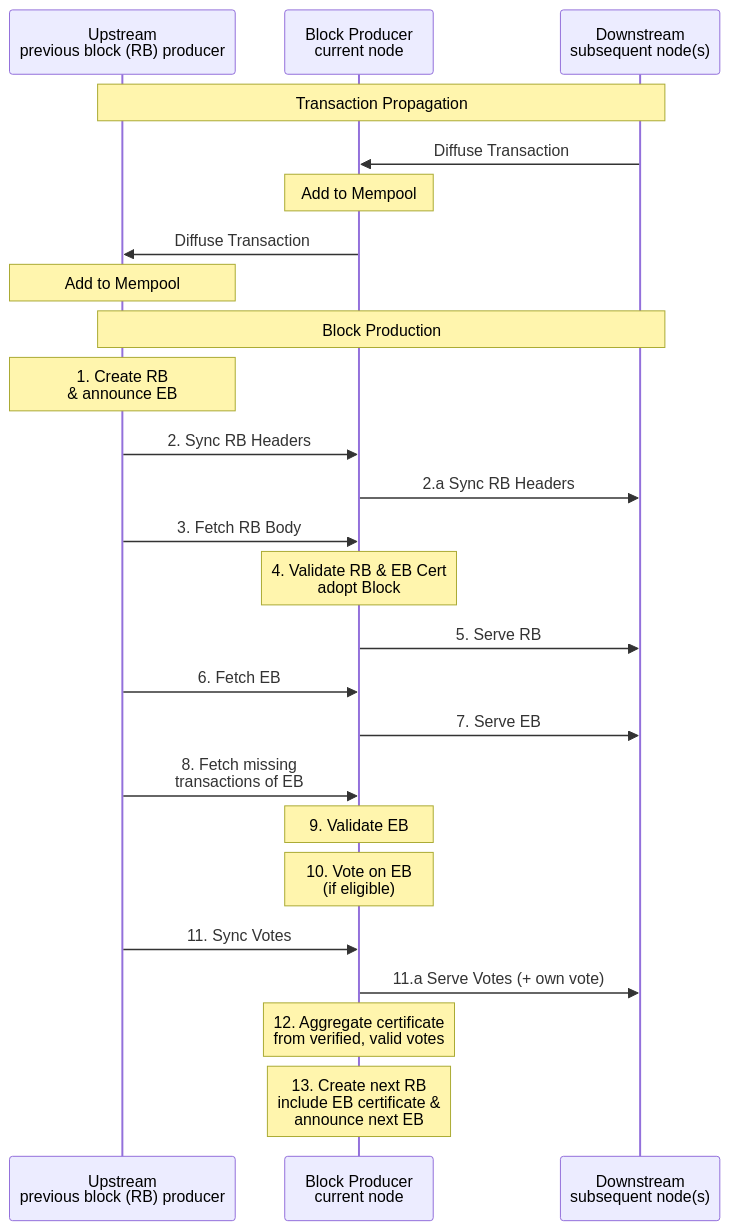
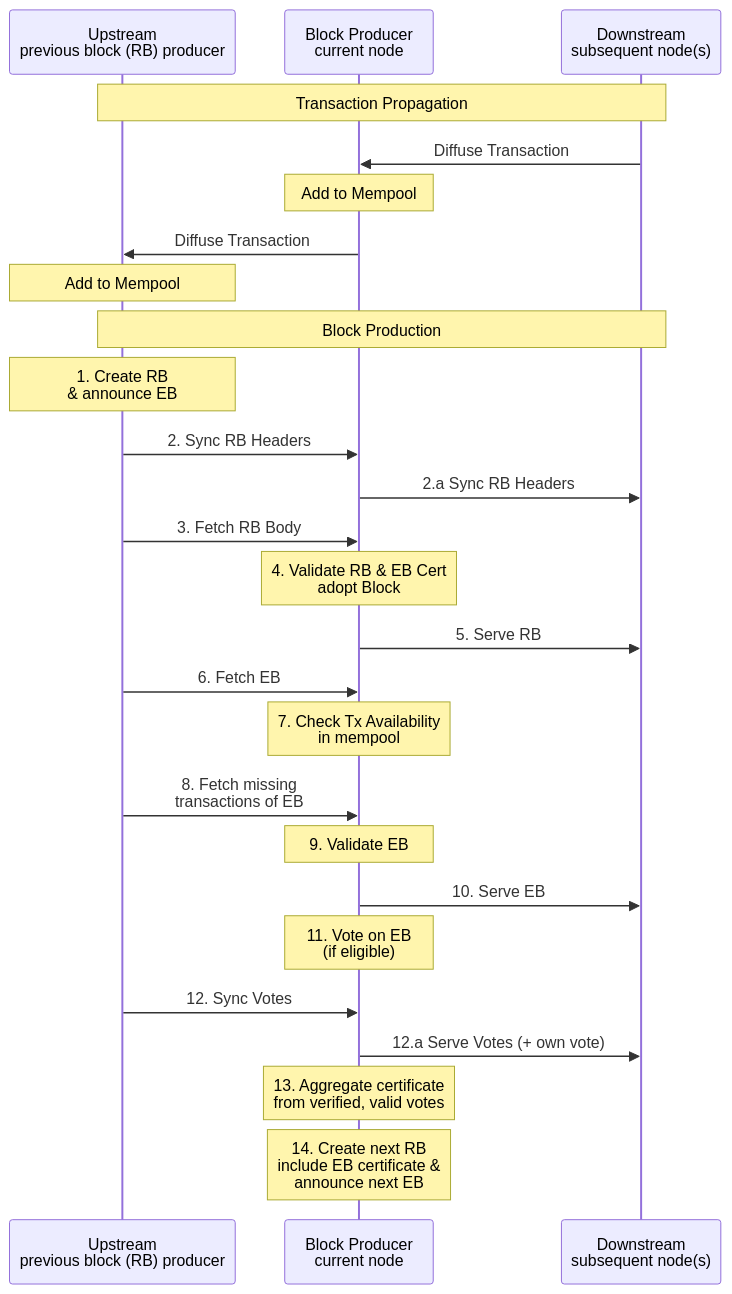
The first of 3 diagrams in docs/cip/README.md (input-output-hk/ouroboros-leios), drawn with Mermaid before and after one commit. The commit also changed other lines of this file, not shown here.

Commit message:
docs(cip): clarify sequence steps for serving EBs after fetching txs

````diff
--- a/docs/cip/README.md
+++ b/docs/cip/README.md
@@ -462,35 +462,36 @@
 ```mermaid
 sequenceDiagram
     participant U as Upstream<br/>previous block (RB) producer
     participant BP as Block Producer<br/>current node  
     participant D as Downstream<br/>subsequent node(s)
 
     Note over U,D: Transaction Propagation
     D->>BP: Diffuse Transaction
     Note over BP: Add to Mempool
     BP->>U: Diffuse Transaction
     Note over U: Add to Mempool
 
     Note over U,D: Block Production
 
     Note over U: 1. Create RB<br/>& announce EB
 
     U->>BP: 2. Sync RB Headers
     BP->>D: 2.a Sync RB Headers  
     U->>BP: 3. Fetch RB Body
 
     Note over BP: 4. Validate RB & EB Cert<br/>adopt Block
     BP->>D: 5. Serve RB
     U->>BP: 6. Fetch EB
 
-    BP->>D: 7. Serve EB
+    Note over BP: 7. Check Tx Availability<br/>in mempool
     U->>BP: 8. Fetch missing<br />transactions of EB
     
     Note over BP: 9. Validate EB
-    Note over BP: 10. Vote on EB<br />(if eligible)
-    U->>BP: 11. Sync Votes
-    BP->>D: 11.a Serve Votes (+ own vote)
+    BP->>D: 10. Serve EB
+    Note over BP: 11. Vote on EB<br />(if eligible)
+    U->>BP: 12. Sync Votes
+    BP->>D: 12.a Serve Votes (+ own vote)
     
-    Note over BP: 12. Aggregate certificate<br/>from verified, valid votes  
-    Note over BP: 13. Create next RB<br />include EB certificate &<br />announce next EB
+    Note over BP: 13. Aggregate certificate<br/>from verified, valid votes  
+    Note over BP: 14. Create next RB<br />include EB certificate &<br />announce next EB
 ```
````
